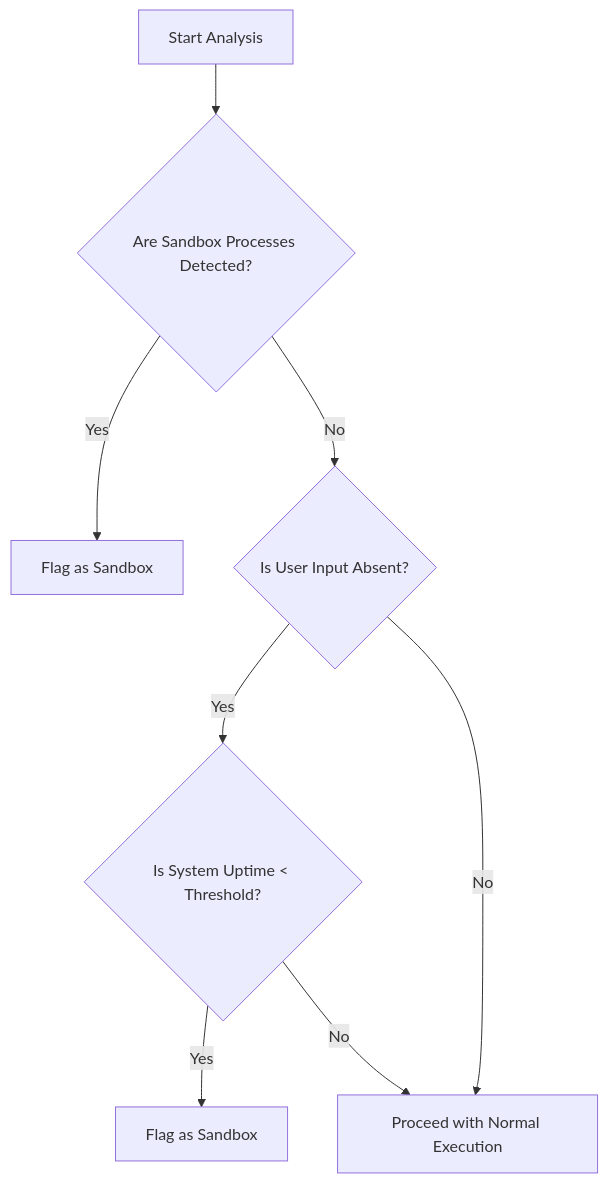
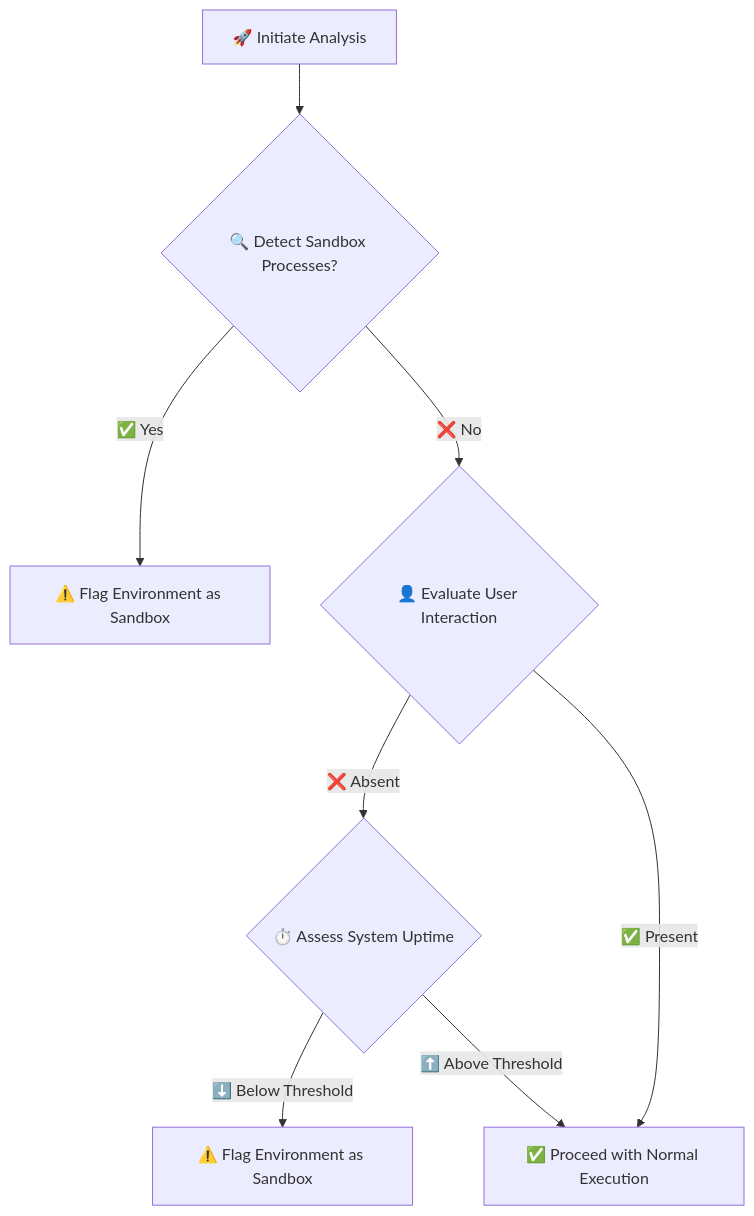
The second of 3 diagrams in content/blog/test.md (mranonymous011000001/just-testing-out), drawn with Mermaid before and after one commit. The commit also changed other lines of this file, not shown here.

````diff
--- a/content/blog/test.md
+++ b/content/blog/test.md
@@ -280,11 +228,18 @@
 ```mermaid
-%% Detailed Flowchart: Sandbox Detection Process
+%% Example Flowchart: Sandbox Detection Process with Emojis
 flowchart TD
-    A[Start Analysis] --> B{Are Sandbox Processes Detected?}
-    B -- Yes --> C[Flag as Sandbox]
-    B -- No --> D{Is User Input Absent?}
-    D -- Yes --> E{Is System Uptime < Threshold?}
-    E -- Yes --> F[Flag as Sandbox]
-    E -- No --> G[Proceed with Normal Execution]
-    D -- No --> G
+    %% Start Node
+    A[🚀 Initiate Analysis] --> B{🔍 Detect Sandbox Processes?}
+    
+    %% Decision: Sandbox Processes Detected
+    B -- ✅ Yes --> C[⚠️ Flag Environment as Sandbox]
+    B -- ❌ No --> D{👤 Evaluate User Interaction}
+    
+    %% Decision: User Interaction
+    D -- ❌ Absent --> E{⏱️ Assess System Uptime}
+    D -- ✅ Present --> G[✅ Proceed with Normal Execution]
+    
+    %% Decision: System Uptime
+    E -- ⬇️ Below Threshold --> F[⚠️ Flag Environment as Sandbox]
+    E -- ⬆️ Above Threshold --> G[✅ Proceed with Normal Execution]
 ```
````
